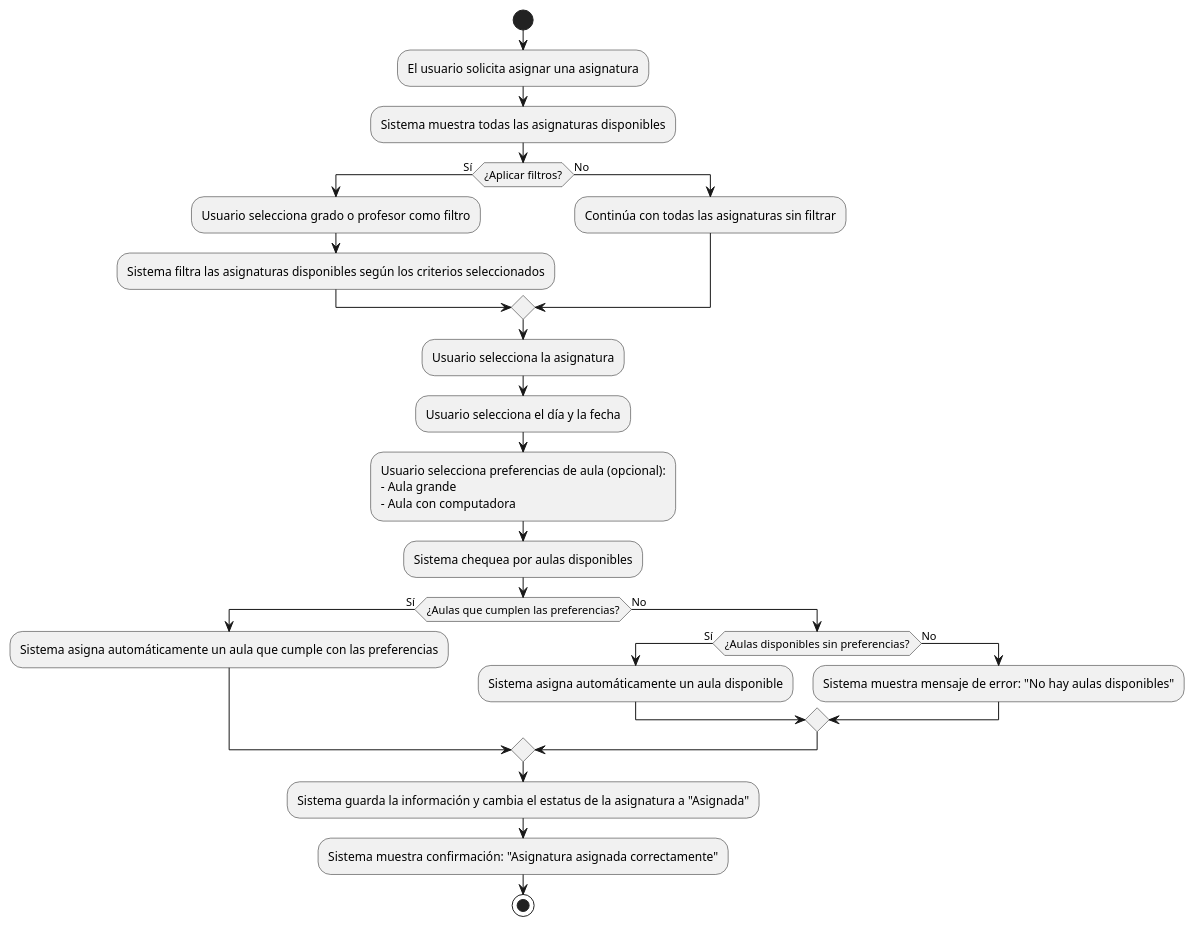
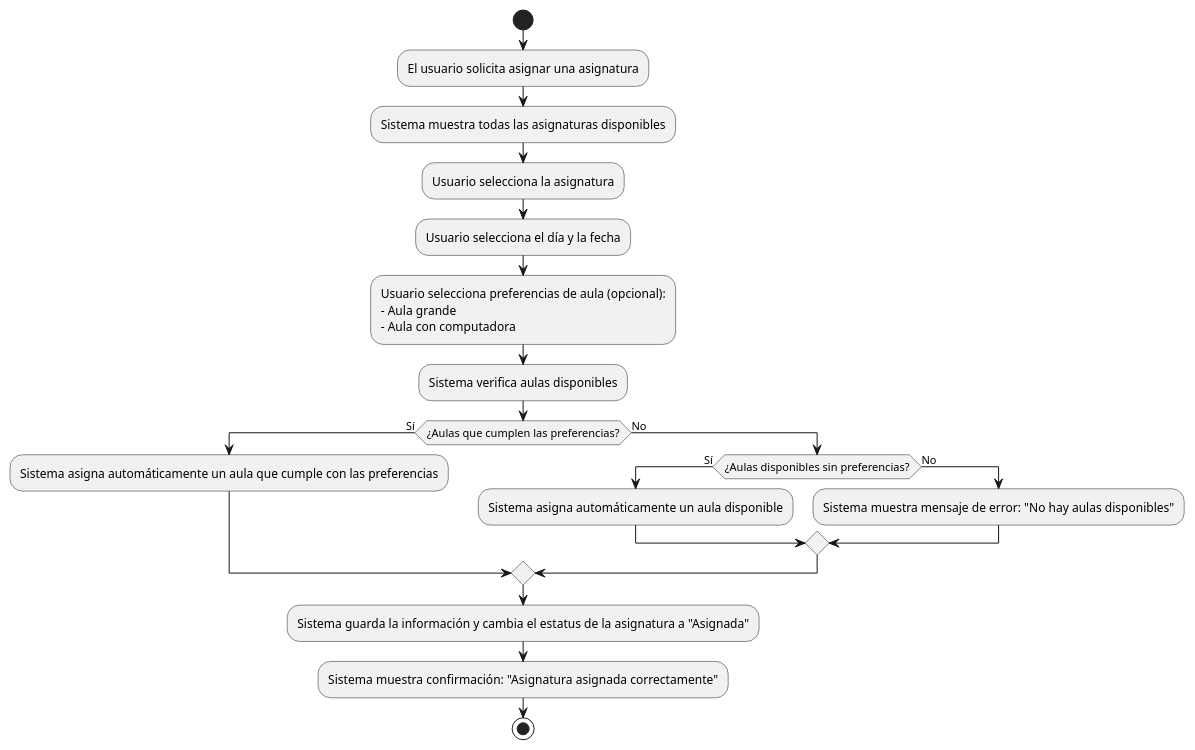
Before and after one commit to mmasias/24-25-IdSw1-SDR: the diagram in casosDeUso/plantUML/AsignarAsignaturaHorario.puml, drawn with PlantUML. The commit also changed 3 other files, not shown here.

```diff
--- a/casosDeUso/plantUML/AsignarAsignaturaHorario.puml
+++ b/casosDeUso/plantUML/AsignarAsignaturaHorario.puml
@@ -1,29 +1,23 @@
 @startuml
 start
 :El usuario solicita asignar una asignatura;
 :Sistema muestra todas las asignaturas disponibles;
-if (¿Aplicar filtros?) then (Sí)
-  :Usuario selecciona grado o profesor como filtro;
-  :Sistema filtra las asignaturas disponibles según los criterios seleccionados;
-else (No)
-  :Continúa con todas las asignaturas sin filtrar;
-endif
 :Usuario selecciona la asignatura;
 :Usuario selecciona el día y la fecha;
 :Usuario selecciona preferencias de aula (opcional): 
 - Aula grande 
 - Aula con computadora;
-:Sistema chequea por aulas disponibles;
+:Sistema verifica aulas disponibles;
 if (¿Aulas que cumplen las preferencias?) then (Sí)
   :Sistema asigna automáticamente un aula que cumple con las preferencias;
 else (No)
   if (¿Aulas disponibles sin preferencias?) then (Sí)
     :Sistema asigna automáticamente un aula disponible;
   else (No)
     :Sistema muestra mensaje de error: "No hay aulas disponibles";
   endif
 endif
 :Sistema guarda la información y cambia el estatus de la asignatura a "Asignada";
 :Sistema muestra confirmación: "Asignatura asignada correctamente";
 stop
 @enduml
```
